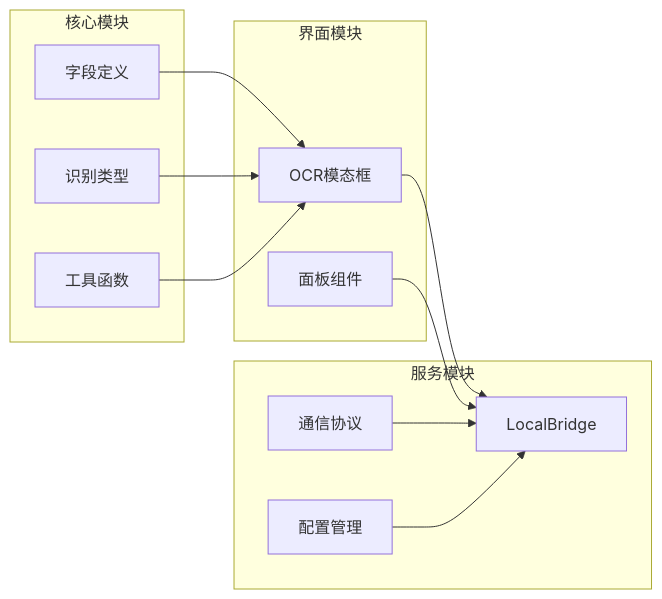
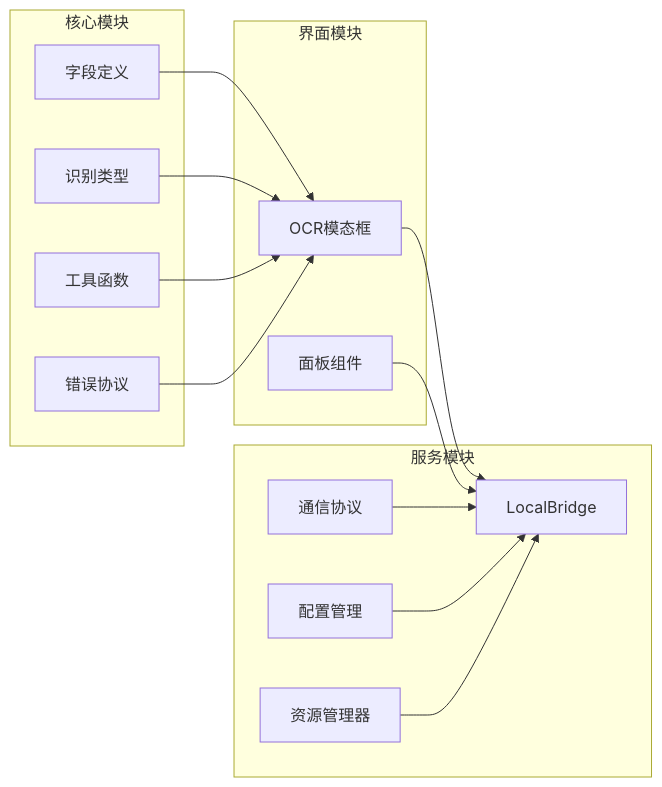
The tenth of 11 diagrams in .qoder/repowiki/zh/content/字段配置系统/字段类型定义/识别字段类型/OCR 文字识别.md (kqcoxn/MaaPipelineEditor), drawn with Mermaid before and after one commit. The commit also changed other lines of this file and 50 other files, not shown here.

````diff
--- a/.qoder/repowiki/zh/content/字段配置系统/字段类型定义/识别字段类型/OCR 文字识别.md
+++ b/.qoder/repowiki/zh/content/字段配置系统/字段类型定义/识别字段类型/OCR 文字识别.md
@@ -335,24 +419,28 @@
 ```mermaid
 graph LR
 subgraph "核心模块"
 Schema[字段定义]
 Fields[识别类型]
 Utils[工具函数]
+ErrorProtocol[错误协议]
 end
 subgraph "界面模块"
 Modal[OCR模态框]
 Panels[面板组件]
 end
 subgraph "服务模块"
 LB[LocalBridge]
 Protocol[通信协议]
 Config[配置管理]
+ResourceManager[资源管理器]
 end
 Schema --> Modal
 Fields --> Modal
 Utils --> Modal
+ErrorProtocol --> Modal
 Modal --> LB
 Panels --> LB
 Protocol --> LB
 Config --> LB
+ResourceManager --> LB
 ```
````
